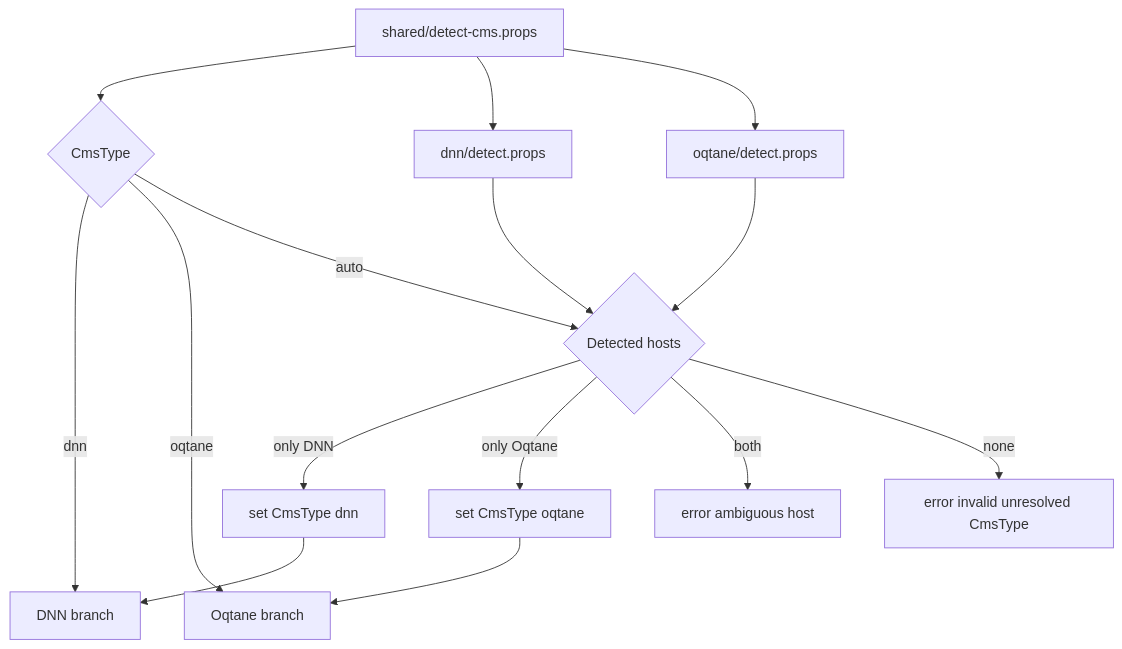
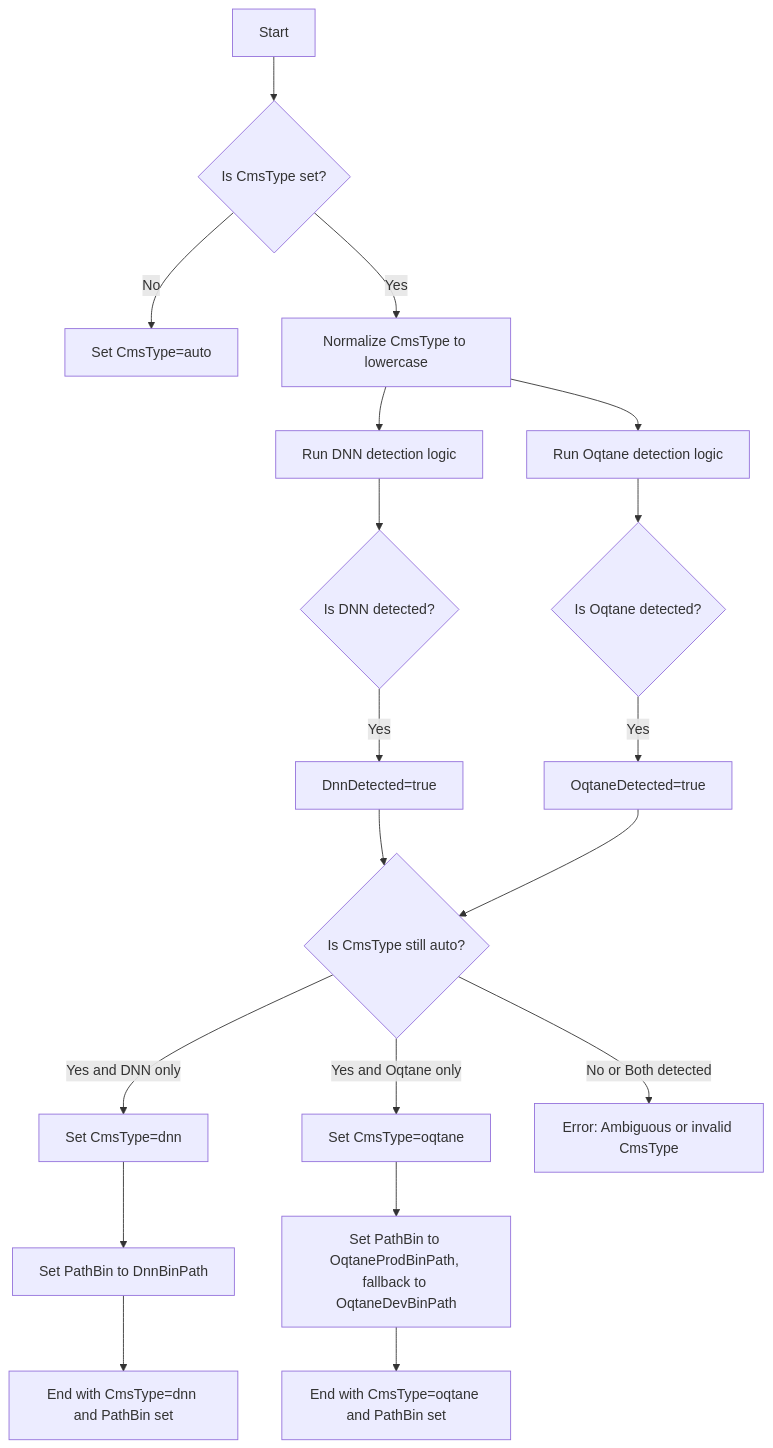
Before and after one commit to 2sxc-apps/app-extension-dotnet-project: the second of 3 diagrams in readme.md, drawn with Mermaid. The commit also changed other lines of this file and 3 other files, not shown here.

Commit message:
minor simplify path detection (isolate to path-and-detect

````diff
--- a/readme.md
+++ b/readme.md
@@ -254,21 +267,28 @@
 ```mermaid
 flowchart TD
-    CMS[shared/detect-cms.props] --> MODE{CmsType}
-    CMS --> DNNDET[dnn/detect.props]
-    CMS --> OQTDET[oqtane/detect.props]
+    A[Start] --> B{Is CmsType set?}
+    B -- No --> C[Set CmsType=auto]
+    B -- Yes --> D[Normalize CmsType to lowercase]
 
-    MODE -->|dnn| DNN[DNN branch]
-    MODE -->|oqtane| OQT[Oqtane branch]
-    MODE -->|auto| AUTO{Detected hosts}
+    D --> E[Run DNN detection logic]
+    D --> F[Run Oqtane detection logic]
 
-    DNNDET --> AUTO
-    OQTDET --> AUTO
+    E --> G{Is DNN detected?}
+    F --> H{Is Oqtane detected?}
 
-    AUTO -->|only DNN| SETDNN[set CmsType dnn]
-    AUTO -->|only Oqtane| SETOQT[set CmsType oqtane]
-    AUTO -->|both| E1[error ambiguous host]
-    AUTO -->|none| E2[error invalid unresolved CmsType]
+    G -- Yes --> I[DnnDetected=true]
+    H -- Yes --> J[OqtaneDetected=true]
 
-    SETDNN --> DNN
-    SETOQT --> OQT
+    I --> K{Is CmsType still auto?}
+    J --> K
+
+    K -- Yes and DNN only --> L[Set CmsType=dnn]
+    K -- Yes and Oqtane only --> M[Set CmsType=oqtane]
+    K -- No or Both detected --> N[Error: Ambiguous or invalid CmsType]
+
+    L --> O[Set PathBin to DnnBinPath]
+    M --> P[Set PathBin to OqtaneProdBinPath, fallback to OqtaneDevBinPath]
+
+    O --> Q[End with CmsType=dnn and PathBin set]
+    P --> R[End with CmsType=oqtane and PathBin set]
 ```
````
